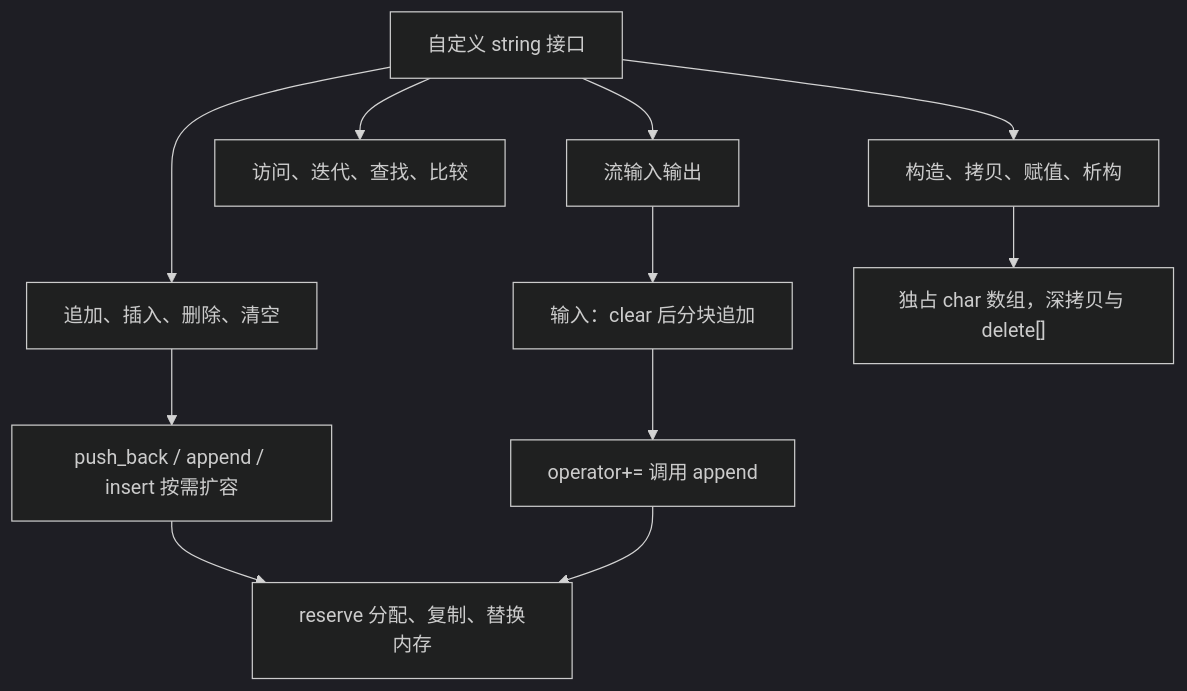
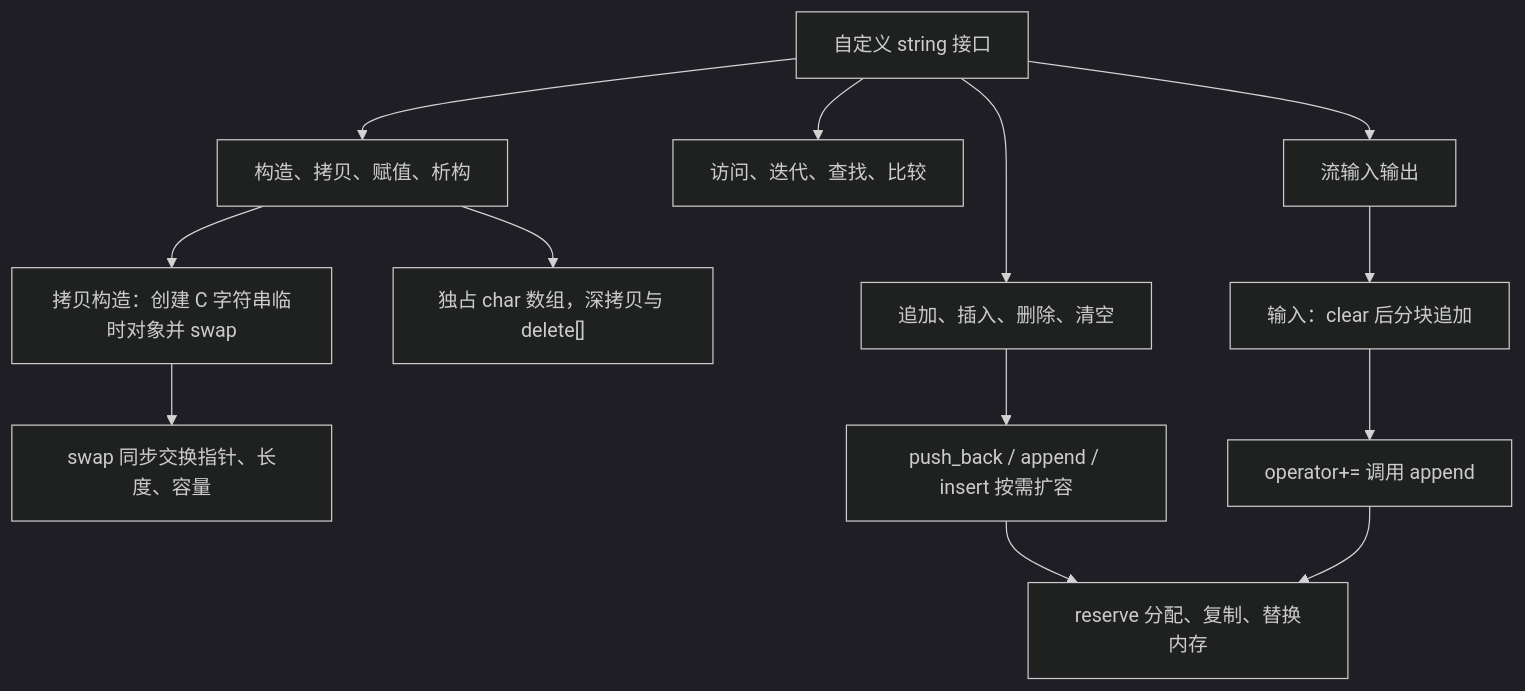
The first of 20 diagrams in CPPString/string/STRING_IMPLEMENTATION.md (WeiYue-Xi/Cplusplus-Learning), drawn with Mermaid (dark theme) before and after one commit. The commit also changed other lines of this file, not shown here.

````diff
--- a/CPPString/string/STRING_IMPLEMENTATION.md
+++ b/CPPString/string/STRING_IMPLEMENTATION.md
@@ -79,13 +86,15 @@
 ```mermaid
 flowchart TD
     api["自定义 string 接口"] --> life["构造、拷贝、赋值、析构"]
+    life --> copySwap["拷贝构造：创建 C 字符串临时对象并 swap"]
+    copySwap --> exchange["swap 同步交换指针、长度、容量"]
     api --> access["访问、迭代、查找、比较"]
     api --> edit["追加、插入、删除、清空"]
     api --> io["流输入输出"]
     edit --> growth["push_back / append / insert 按需扩容"]
     growth --> reserveCall["reserve 分配、复制、替换内存"]
     io --> input["输入：clear 后分块追加"]
     input --> appendCall["operator+= 调用 append"]
     appendCall --> reserveCall
     life --> ownership["独占 char 数组，深拷贝与 delete[]"]
 ```
````
